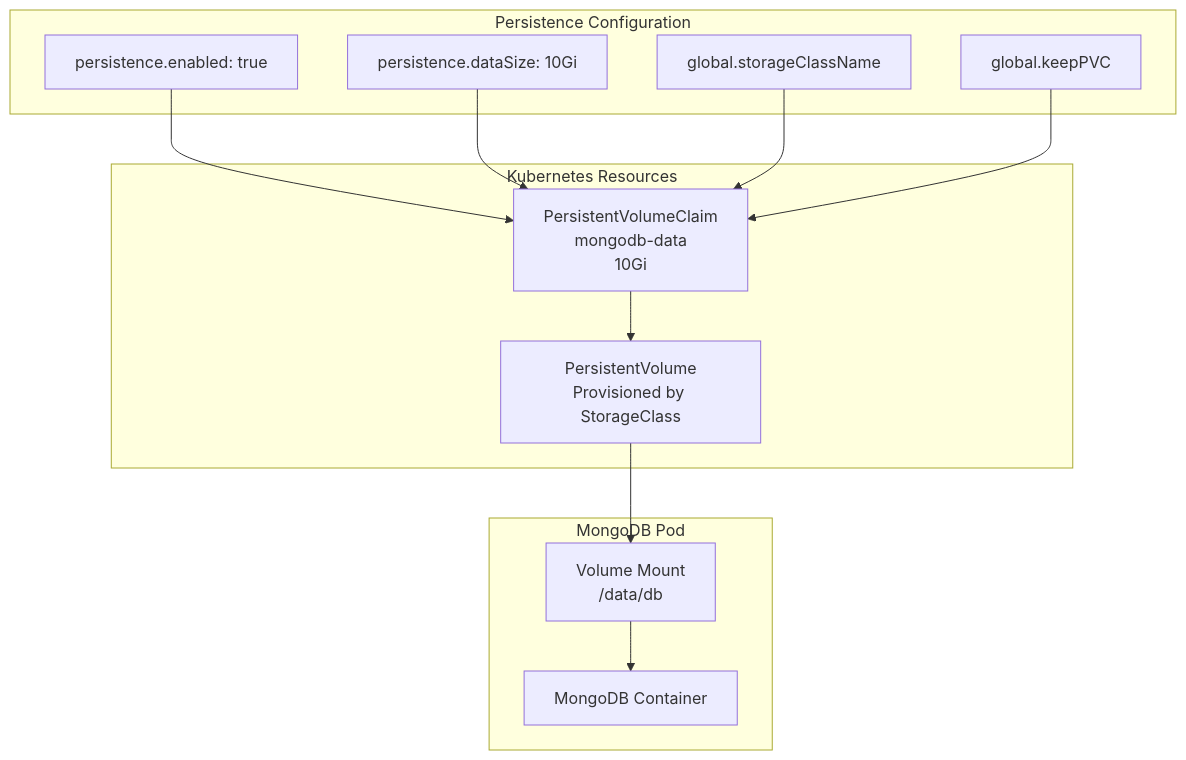
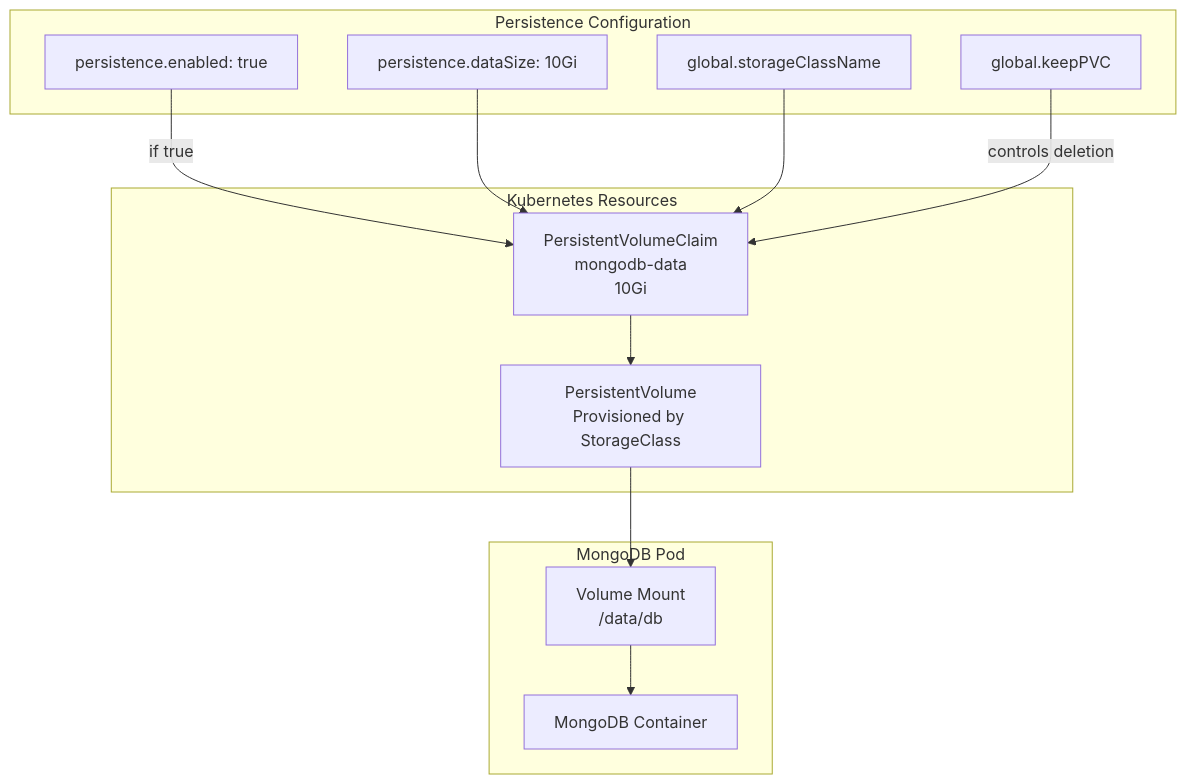
The second of 4 diagrams in docs/hyperdxio-helm-charts-docs/MongoDB-Configuration.md (openchoreo/openchoreo), drawn with Mermaid before and after one commit. The commit also changed other lines of this file and 85 other files, not shown here.

Commit message:
feat: Add new workflow and specification templates, update Helm chart dependencies, and clarify documentation diagrams.

````diff
--- a/docs/hyperdxio-helm-charts-docs/MongoDB-Configuration.md
+++ b/docs/hyperdxio-helm-charts-docs/MongoDB-Configuration.md
@@ -158,37 +158,37 @@
 ```mermaid
 flowchart TD
 
 PersistenceEnabled["persistence.enabled: true"]
 DataSize["persistence.dataSize: 10Gi"]
 StorageClass["global.storageClassName"]
 KeepPVC["global.keepPVC"]
 PVC["PersistentVolumeClaim<br>mongodb-data<br>10Gi"]
 PV["PersistentVolume<br>Provisioned by StorageClass"]
 Container["MongoDB Container"]
 DataMount["Volume Mount<br>/data/db"]
 
-PersistenceEnabled --> PVC
+PersistenceEnabled -->|"if true"| PVC
 DataSize --> PVC
 StorageClass --> PVC
-KeepPVC --> PVC
+KeepPVC -->|"controls deletion"| PVC
 PV --> DataMount
 
 subgraph subGraph2 ["MongoDB Pod"]
     Container
     DataMount
     DataMount --> Container
 end
 
 subgraph subGraph1 ["Kubernetes Resources"]
     PVC
     PV
     PVC --> PV
 end
 
 subgraph subGraph0 ["Persistence Configuration"]
     PersistenceEnabled
     DataSize
     StorageClass
     KeepPVC
 end
 ```
````
